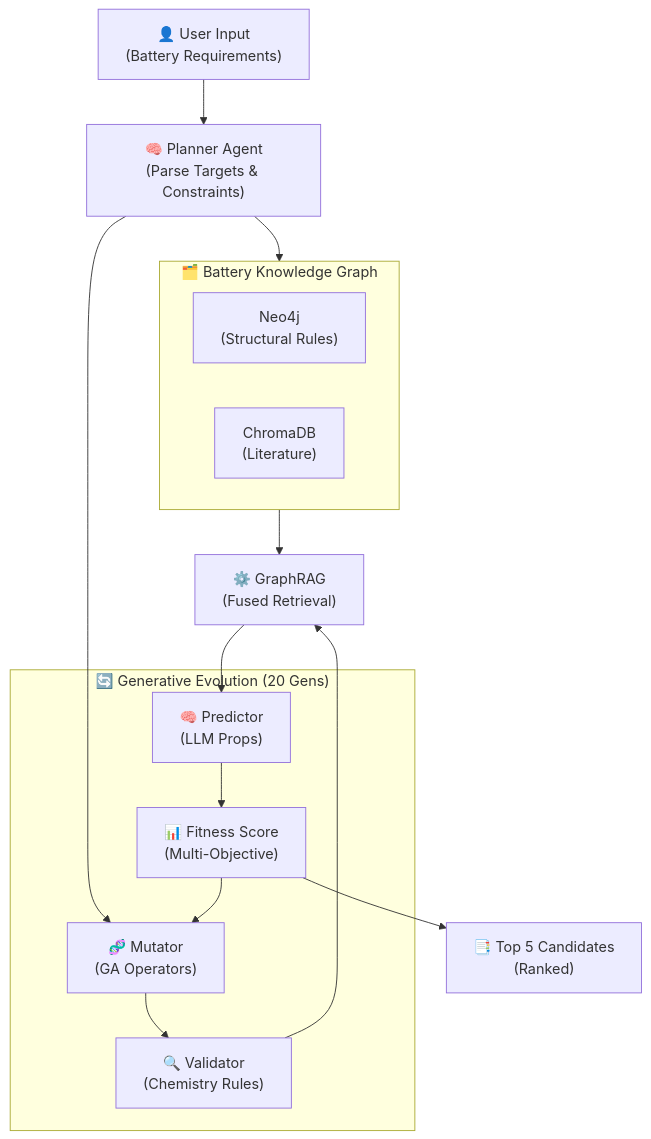
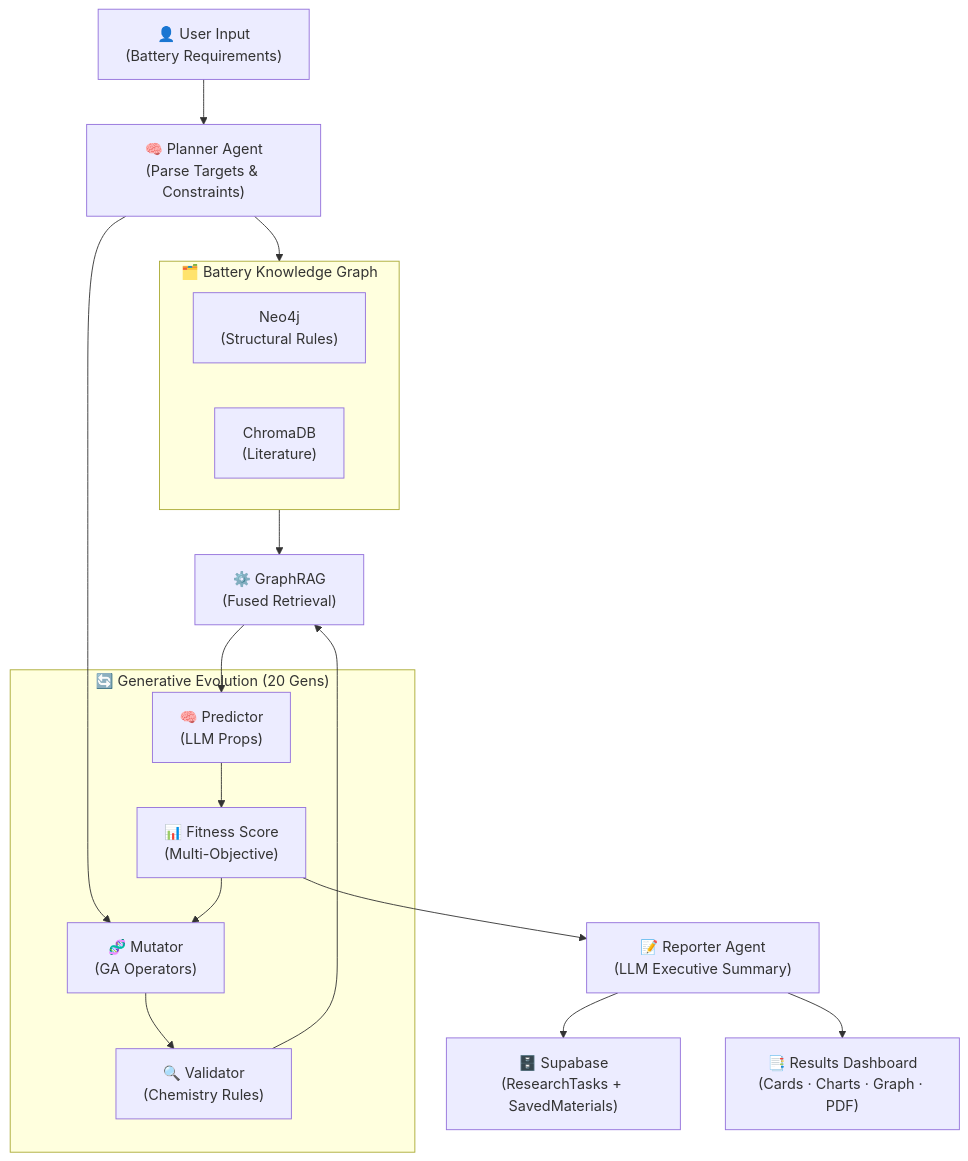
The first of 9 diagrams in README.md (Rahul-8283/AURA_Data_Driven), drawn with Mermaid before and after one commit. The commit also changed other lines of this file, not shown here.

````diff
--- a/README.md
+++ b/README.md
@@ -58,32 +80,36 @@
 ```mermaid
 graph TD
     User["👤 User Input<br/>(Battery Requirements)"]
     Planner["🧠 Planner Agent<br/>(Parse Targets & Constraints)"]
-    
+
     subgraph Knowledge["🗂️ Battery Knowledge Graph"]
         Neo4j["Neo4j<br/>(Structural Rules)"]
         Chroma["ChromaDB<br/>(Literature)"]
     end
-    
+
     GraphRAG["⚙️ GraphRAG<br/>(Fused Retrieval)"]
-    
+
     subgraph Evolution["🔄 Generative Evolution (20 Gens)"]
         Mutator["🧬 Mutator<br/>(GA Operators)"]
         Validator["🔍 Validator<br/>(Chemistry Rules)"]
         Predictor["🧠 Predictor<br/>(LLM Props)"]
         Fitness["📊 Fitness Score<br/>(Multi-Objective)"]
     end
-    
-    Results["📑 Top 5 Candidates<br/>(Ranked)"]
-    
+
+    Reporter["📝 Reporter Agent<br/>(LLM Executive Summary)"]
+    Storage["🗄️ Supabase<br/>(ResearchTasks + SavedMaterials)"]
+    Results["📑 Results Dashboard<br/>(Cards · Charts · Graph · PDF)"]
+
     User --> Planner
     Planner --> Knowledge
     Knowledge --> GraphRAG
     Planner --> Mutator
     Mutator --> Validator
     Validator --> GraphRAG
     GraphRAG --> Predictor
     Predictor --> Fitness
     Fitness --> Mutator
-    Fitness --> Results
+    Fitness --> Reporter
+    Reporter --> Storage
+    Reporter --> Results
 ```
````
